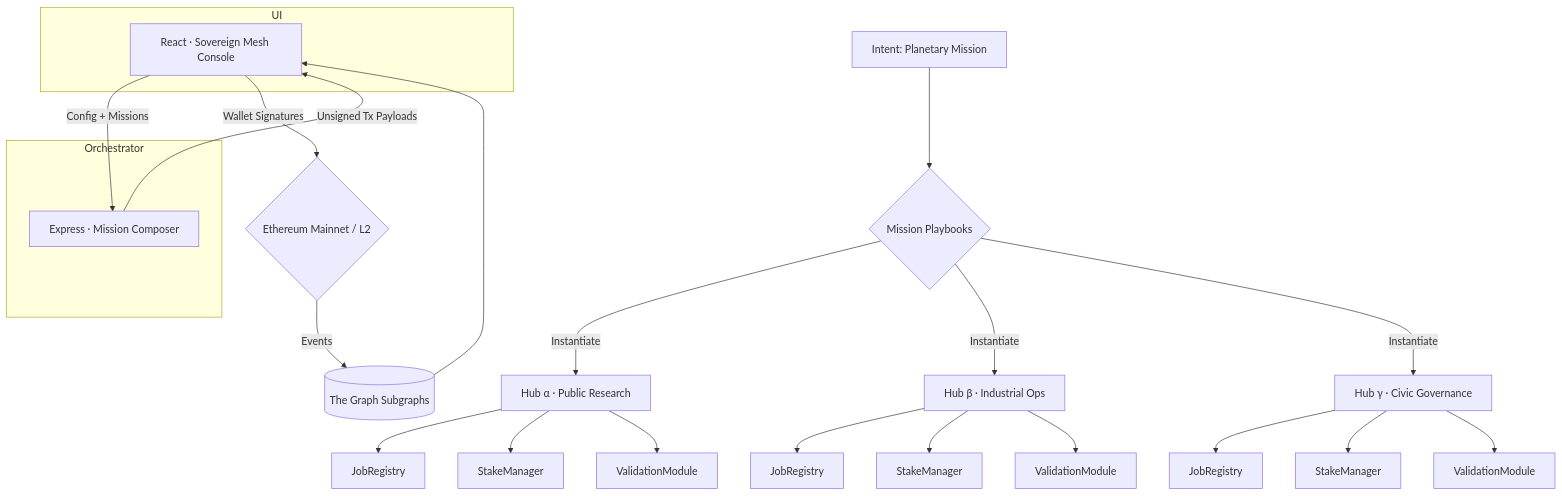
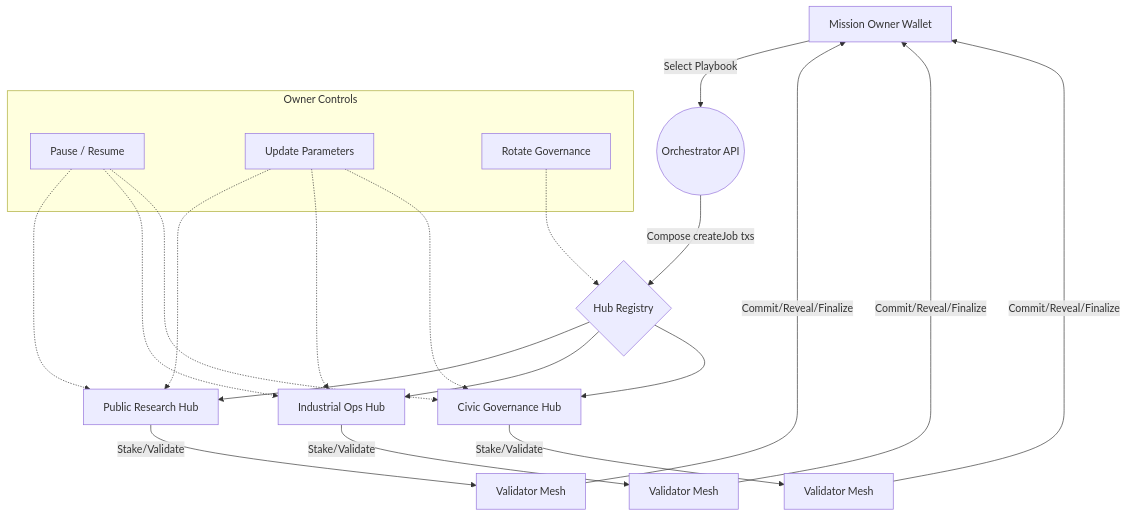
One commit to MontrealAI/AGIJobsv0 changed the diagram in demo/sovereign-mesh/README.md. Above: the diagram before and after it, drawn with Mermaid. The commit also changed other lines of this file and 22 other files, not shown here.

Commit message:
Create Sovereign Mesh multi-hub demo

````diff
--- a/demo/sovereign-mesh/README.md
+++ b/demo/sovereign-mesh/README.md
@@ -9,27 +54,26 @@
 ```mermaid
 graph TD
-    A[Intent: Planetary Mission] --> B{Mission Playbooks}
-    B -->|Instantiate| C1[Hub α · Public Research]
-    B -->|Instantiate| C2[Hub β · Industrial Ops]
-    B -->|Instantiate| C3[Hub γ · Civic Governance]
-    C1 --> D1[JobRegistry]
-    C1 --> D2[StakeManager]
-    C1 --> D3[ValidationModule]
-    C2 --> E1[JobRegistry]
-    C2 --> E2[StakeManager]
-    C2 --> E3[ValidationModule]
-    C3 --> F1[JobRegistry]
-    C3 --> F2[StakeManager]
-    C3 --> F3[ValidationModule]
-    subgraph UI
-      U1[React · Sovereign Mesh Console]
-    end
-    subgraph Orchestrator
-      O1[Express · Mission Composer]
-    end
-    U1 -->|Config + Missions| O1
-    O1 -->|Unsigned Tx Payloads| U1
-    U1 -->|Wallet Signatures| ETH{Ethereum Mainnet / L2}
-    ETH -->|Events| SG[(The Graph Subgraphs)]
-    SG --> U1
+  A[Mission Owner Wallet] -->|Select Playbook| B((Orchestrator API))
+  B -->|Compose createJob txs| C{Hub Registry}
+  C --> D1[Public Research Hub]
+  C --> D2[Industrial Ops Hub]
+  C --> D3[Civic Governance Hub]
+  D1 -->|Stake/Validate| V1[Validator Mesh]
+  D2 -->|Stake/Validate| V2[Validator Mesh]
+  D3 -->|Stake/Validate| V3[Validator Mesh]
+  V1 -->|Commit/Reveal/Finalize| A
+  V2 -->|Commit/Reveal/Finalize| A
+  V3 -->|Commit/Reveal/Finalize| A
+  subgraph Owner Controls
+    E1[Pause / Resume]
+    E2[Update Parameters]
+    E3[Rotate Governance]
+  end
+  E1 -.-> D1
+  E1 -.-> D2
+  E1 -.-> D3
+  E2 -.-> D1
+  E2 -.-> D2
+  E2 -.-> D3
+  E3 -.-> C
 ```
````
